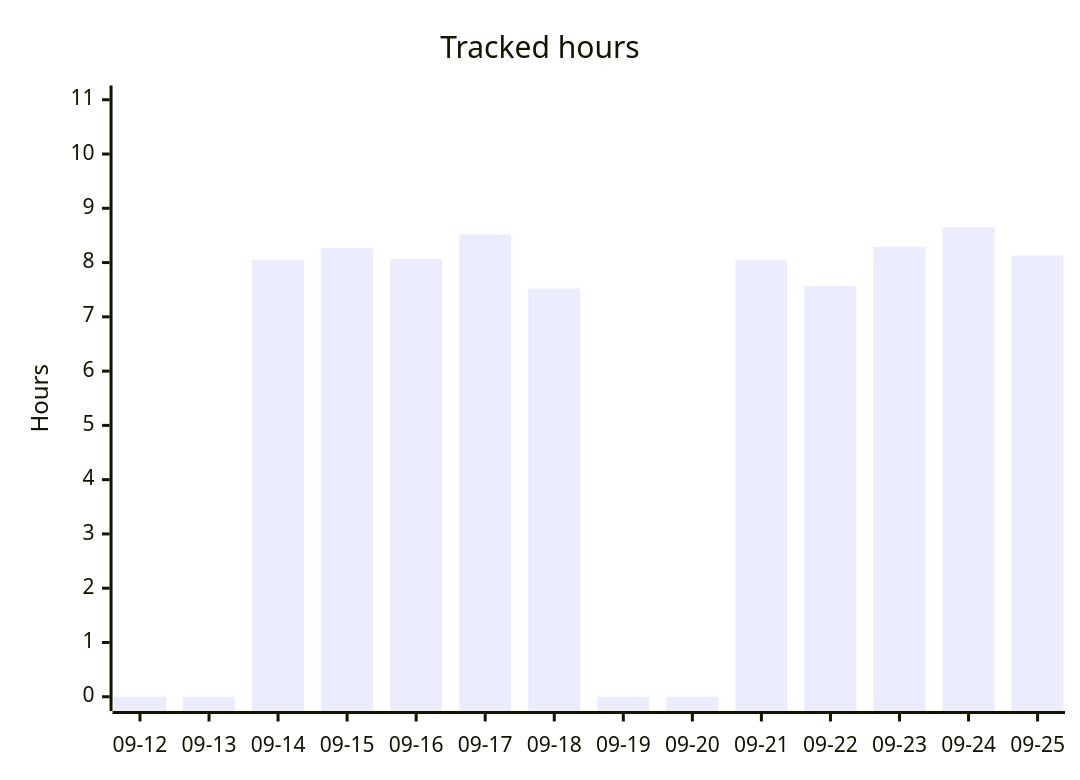
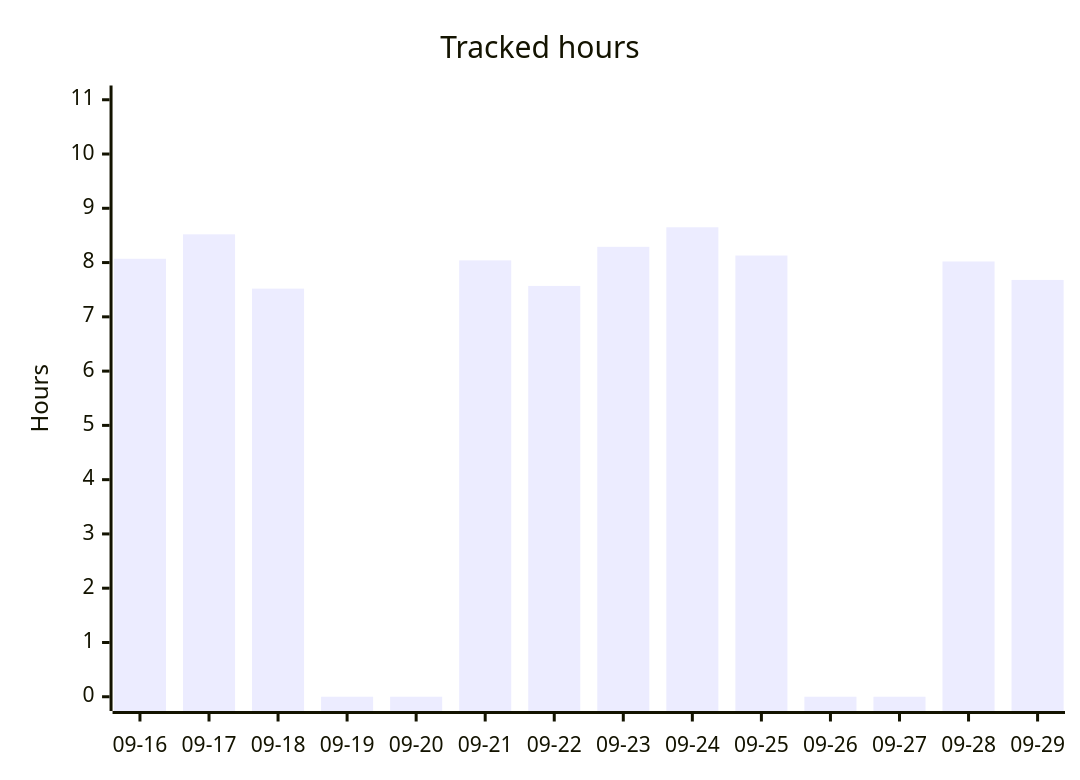
The second of 5 diagrams in README.org (albinforsberg-netizen/timeclock), drawn with Mermaid before and after one commit. The commit also changed other lines of this file, not shown here.

```diff
--- a/README.org
+++ b/README.org
@@ -97,7 +97,7 @@
 #+begin_src mermaid
 xychart-beta
     title "Tracked hours"
-    x-axis ["09-12", "09-13", "09-14", "09-15", "09-16", "09-17", "09-18", "09-19", "09-20", "09-21", "09-22", "09-23", "09-24", "09-25"]
+    x-axis ["09-16", "09-17", "09-18", "09-19", "09-20", "09-21", "09-22", "09-23", "09-24", "09-25", "09-26", "09-27", "09-28", "09-29"]
     y-axis "Hours" 0 --> 11
-    bar [0.00, 0.00, 8.05, 8.27, 8.07, 8.52, 7.52, 0.00, 0.00, 8.04, 7.57, 8.29, 8.65, 8.13]
+    bar [8.07, 8.52, 7.52, 0.00, 0.00, 8.04, 7.57, 8.29, 8.65, 8.13, 0.00, 0.00, 8.02, 7.68]
 #+end_src
```
